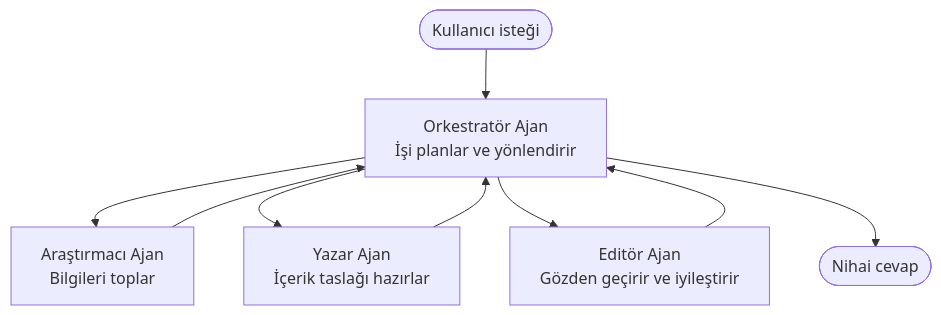
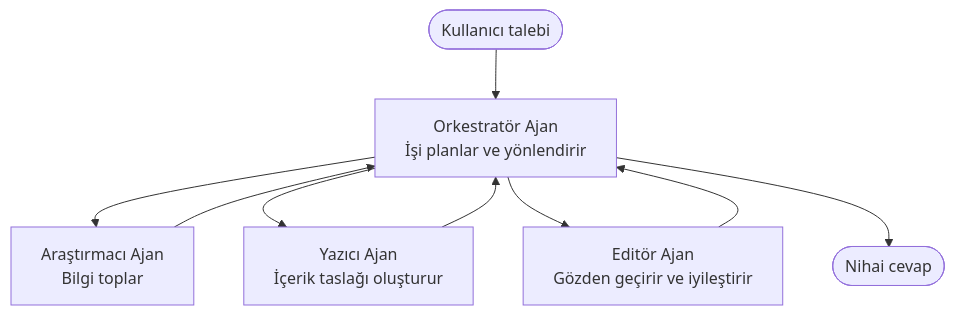
One commit to microsoft/AZD-for-beginners changed the diagram in translations/tr/docs/chapter-05-multi-agent/multi-agent-basics.md. Above: the diagram before and after it, drawn with Mermaid. The commit also changed other lines of this file and 61 other files, not shown here.

````diff
--- a/translations/tr/docs/chapter-05-multi-agent/multi-agent-basics.md
+++ b/translations/tr/docs/chapter-05-multi-agent/multi-agent-basics.md
@@ -43,11 +43,11 @@
 ```mermaid
 graph TD
-    User([Kullanıcı isteği]) --> Orchestrator[Orkestratör Ajan<br/>İşi planlar ve yönlendirir]
-    Orchestrator --> Researcher[Araştırmacı Ajan<br/>Bilgileri toplar]
-    Orchestrator --> Writer[Yazar Ajan<br/>İçerik taslağı hazırlar]
+    User([Kullanıcı talebi]) --> Orchestrator[Orkestratör Ajan<br/>İşi planlar ve yönlendirir]
+    Orchestrator --> Researcher[Araştırmacı Ajan<br/>Bilgi toplar]
+    Orchestrator --> Writer[Yazıcı Ajan<br/>İçerik taslağı oluşturur]
     Orchestrator --> Editor[Editör Ajan<br/>Gözden geçirir ve iyileştirir]
     Researcher --> Orchestrator
     Writer --> Orchestrator
     Editor --> Orchestrator
     Orchestrator --> Result([Nihai cevap])
 ```
````
